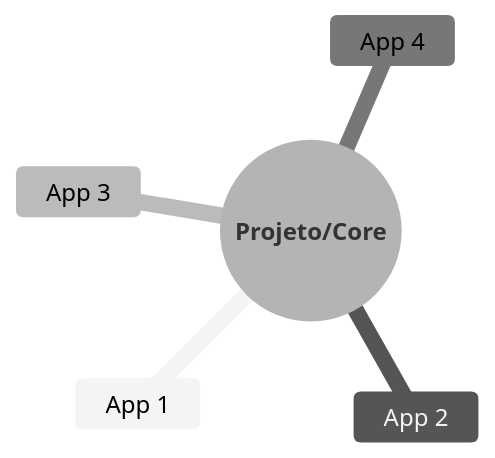
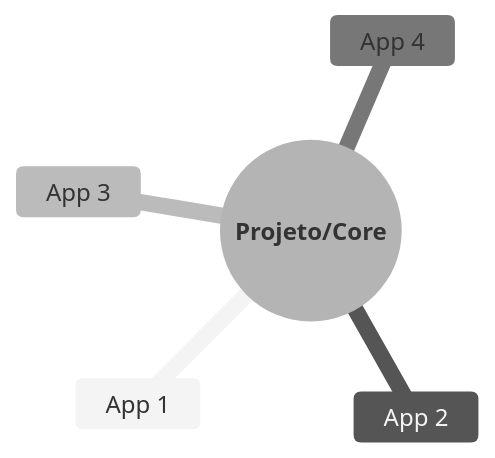
One commit to dev-alexmachado/guia_rapido_python changed the diagram in parte07/django.md. Above: the diagram before and after it, drawn with Mermaid (neutral theme).

Commit message:
Fixed: cores do diagrama do projeto django.

```diff
--- a/parte07/django.md
+++ b/parte07/django.md
@@ -48,8 +48,8 @@
 ~~~mermaid
 mindmap
     root((**Projeto/Core**))
-        <span style="color:#000">App 1</span>
+        App 1
         App 2
-        <span style="color:#000">App 3</span>
-        <span style="color:#000">App 4</span>
+        App 3
+        App 4
 ~~~
```
